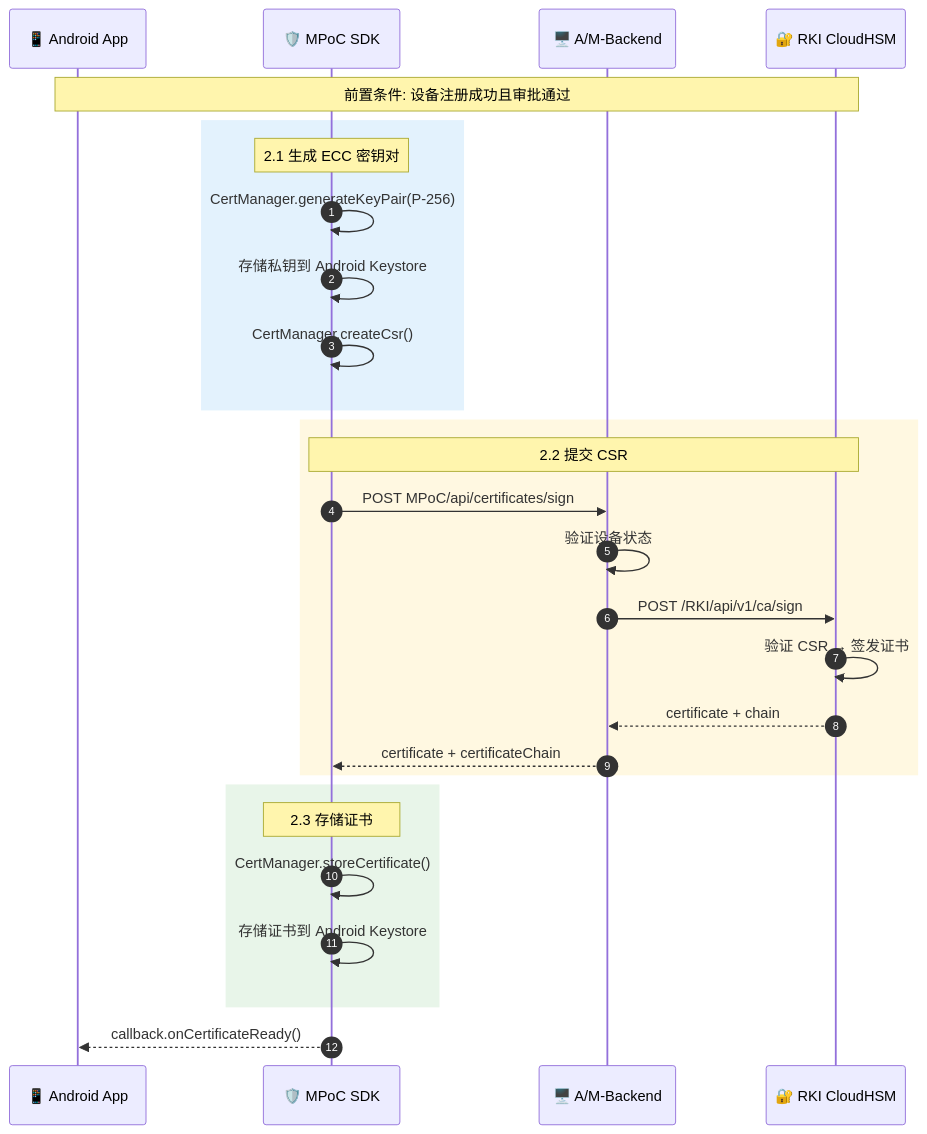
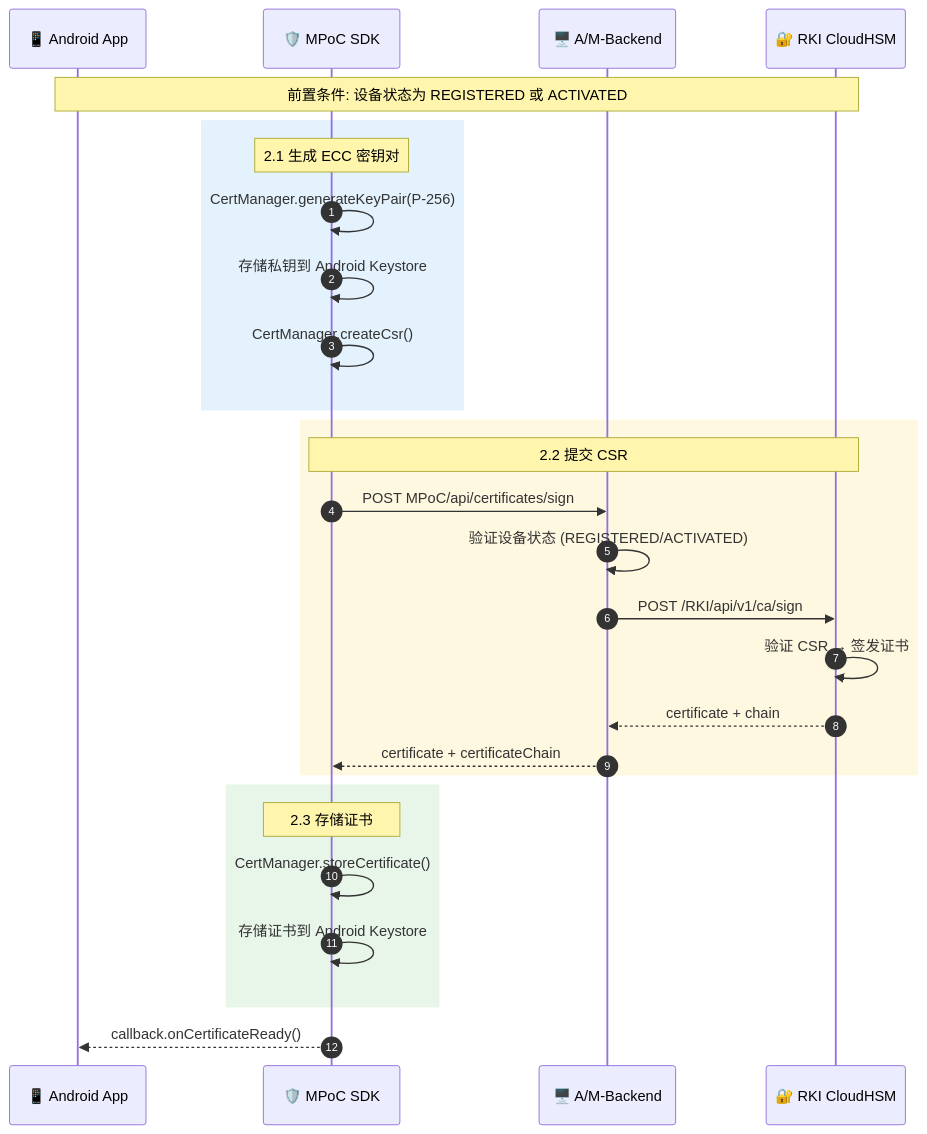
The seventh of 22 diagrams in solution/MPOC_SDK_API_GUIDE.md (kevinwangl/sunbay-softpos-docs), drawn with Mermaid before and after one commit. The commit also changed other lines of this file, not shown here.

````diff
--- a/solution/MPOC_SDK_API_GUIDE.md
+++ b/solution/MPOC_SDK_API_GUIDE.md
@@ -531,35 +634,35 @@
 ```mermaid
 sequenceDiagram
     autonumber
     participant App as 📱 Android App
     participant SDK as 🛡️ MPoC SDK
     participant Backend as 🖥️ A/M-Backend
     participant HSM as 🔐 RKI CloudHSM
 
-    Note over App,HSM: 前置条件: 设备注册成功且审批通过
+    Note over App,HSM: 前置条件: 设备状态为 REGISTERED 或 ACTIVATED
     
     rect rgb(227, 242, 253)
         Note over SDK: 2.1 生成 ECC 密钥对
         SDK->>SDK: CertManager.generateKeyPair(P-256)
         SDK->>SDK: 存储私钥到 Android Keystore
         SDK->>SDK: CertManager.createCsr()
     end
     
     rect rgb(255, 248, 225)
         Note over SDK,HSM: 2.2 提交 CSR
         SDK->>Backend: POST MPoC/api/certificates/sign
-        Backend->>Backend: 验证设备状态
+        Backend->>Backend: 验证设备状态 (REGISTERED/ACTIVATED)
         Backend->>HSM: POST /RKI/api/v1/ca/sign
         HSM->>HSM: 验证 CSR → 签发证书
         HSM-->>Backend: certificate + chain
         Backend-->>SDK: certificate + certificateChain
     end
     
     rect rgb(232, 245, 233)
         Note over SDK: 2.3 存储证书
         SDK->>SDK: CertManager.storeCertificate()
         SDK->>SDK: 存储证书到 Android Keystore
     end
     
     SDK-->>App: callback.onCertificateReady()
 ```
````
